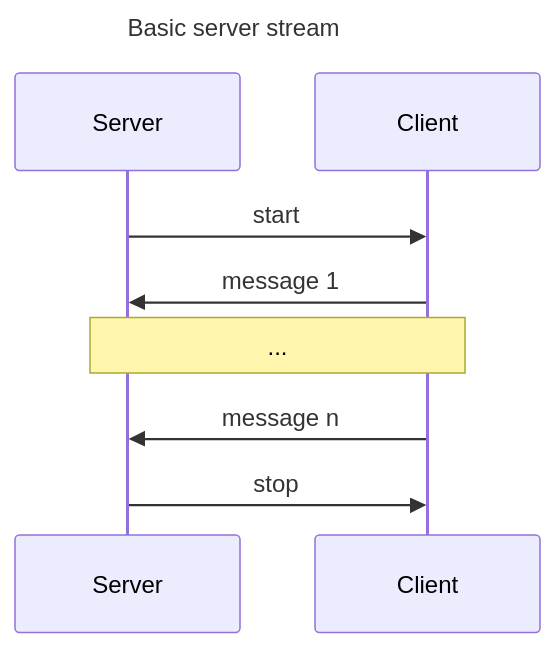
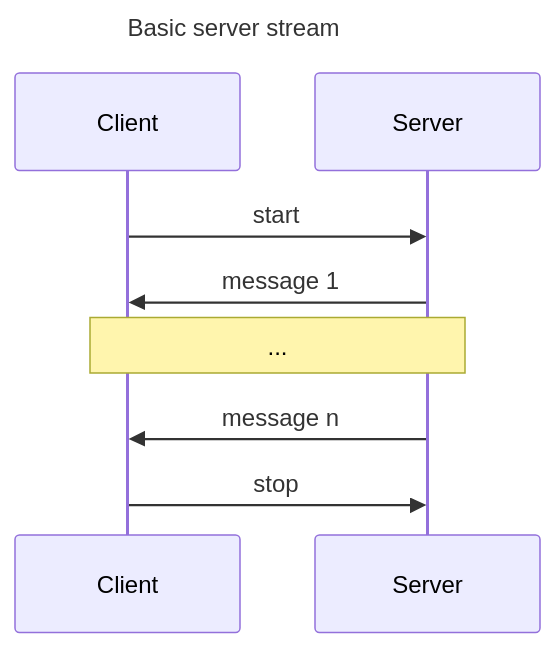
One commit to tzijnge/LotusRpc changed the second of 4 diagrams in docs/getting_started.md. Above: the diagram before and after it, drawn with Mermaid. The commit also changed other lines of this file and 5 other files, not shown here.

````diff
--- a/docs/getting_started.md
+++ b/docs/getting_started.md
@@ -44,10 +44,10 @@
 ``` mermaid
 sequenceDiagram
     title: Basic server stream
 
-    Server ->> Client: start
-    Client ->> Server: message 1
-    Note over Client, Server: ...
-    Client ->> Server: message n
-    Server ->> Client: stop
+    Client ->> Server: start
+    Server ->> Client: message 1
+    Note over Server, Client: ...
+    Server ->> Client: message n
+    Client ->> Server: stop
 ```
````
